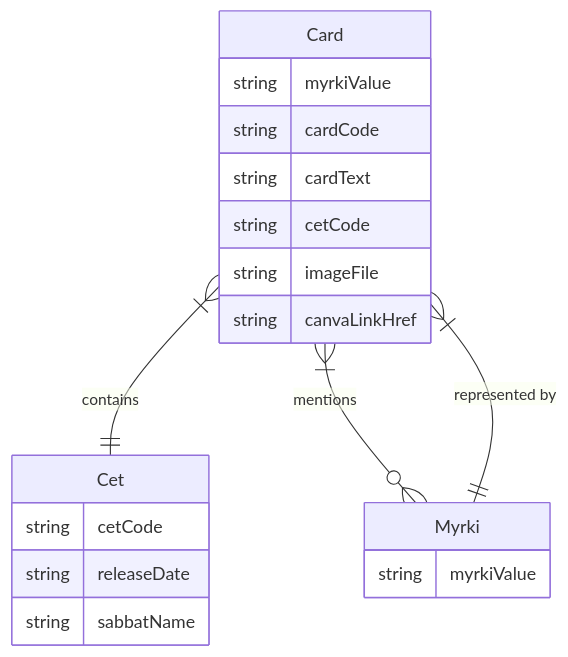
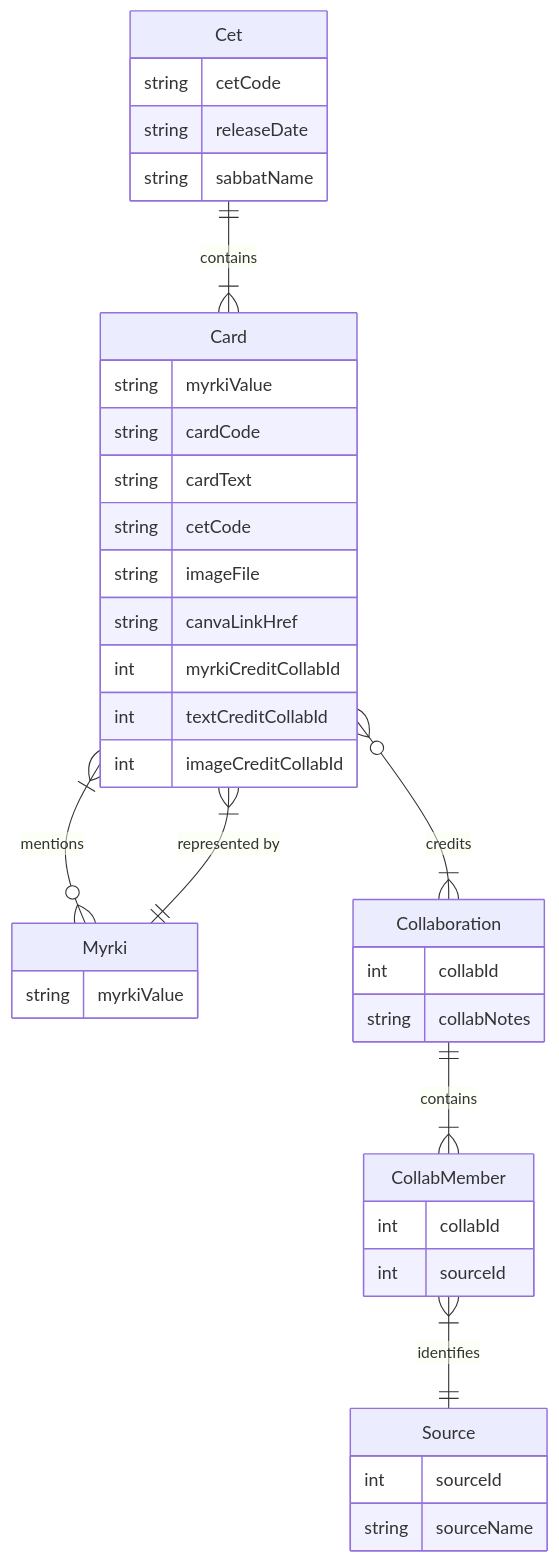
Before and after one commit to BBuchholz/magickal-record: the diagram in README_ERD-Cards.md, drawn with Mermaid.

Commit message:
Update Card ERD

````diff
--- a/README_ERD-Cards.md
+++ b/README_ERD-Cards.md
@@ -3,29 +7,49 @@
 ```mermaid
-
-erDiagram
-
-ct[Cet] {
-	string cetCode
-	string releaseDate
-	string sabbatName
-}
-
-c[Card] {
-	string myrkiValue
-	string cardCode
-	string cardText
-	string cetCode
-	string imageFile
-	string canvaLinkHref
-}
-
-m[Myrki] {
-	string myrkiValue
-}
-
-c }|--|| ct : "contains"
-c }|--o{ m : "mentions"
-c }|--|| m : "represented by"
-
+	
+	erDiagram
+		
+		m[Myrki] {
+			string myrkiValue
+		}
+	
+		ct[Cet] {
+			string cetCode
+			string releaseDate
+			string sabbatName
+		}
+		
+		c[Card] {
+			string myrkiValue
+			string cardCode
+			string cardText
+			string cetCode
+			string imageFile
+			string canvaLinkHref
+			int myrkiCreditCollabId
+			int textCreditCollabId
+			int imageCreditCollabId
+		}
+		
+		src[Source] {
+			int sourceId
+			string sourceName
+		}
+		
+		col[Collaboration] {
+			int collabId
+			string collabNotes
+		}
+		
+		cm[CollabMember] {
+			int collabId 
+			int sourceId 
+		}
+		
+		ct ||--|{ c : "contains"
+		c }|--o{ m : "mentions"
+		c }|--|| m : "represented by"
+		c }o--|{ col : credits
+		col ||--|{ cm : contains
+		cm }|--|| src : identifies 
 
 ```
````
